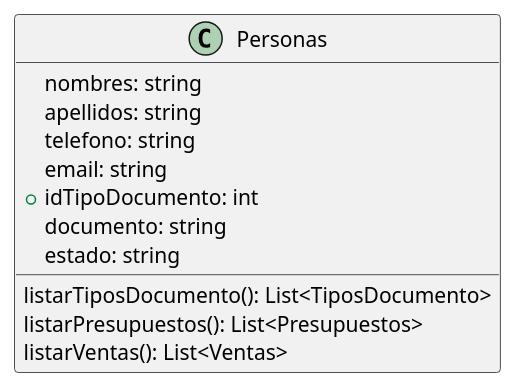
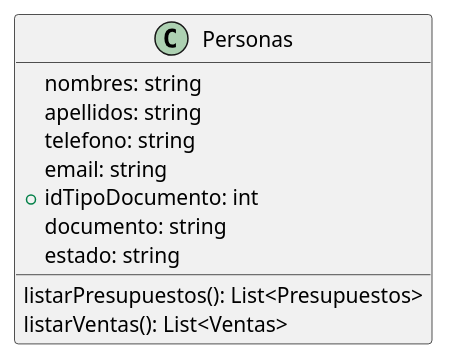
The diagram in DiagramaClases/Clases/Personas.puml (ZMGestion/DocumentacionZMGestion), drawn with PlantUML before and after one commit. The commit also changed 9 other files, not shown here.

```diff
--- a/DiagramaClases/Clases/Personas.puml
+++ b/DiagramaClases/Clases/Personas.puml
@@ -1,15 +1,15 @@
 @startuml Personas
 class Personas{
    nombres: string
    apellidos: string
    telefono: string
    email: string
    +idTipoDocumento: int
    documento: string
    estado: string
 
-   listarTiposDocumento(): List<TiposDocumento>
+   
    listarPresupuestos(): List<Presupuestos>
    listarVentas(): List<Ventas>
 }
 @enduml
```
